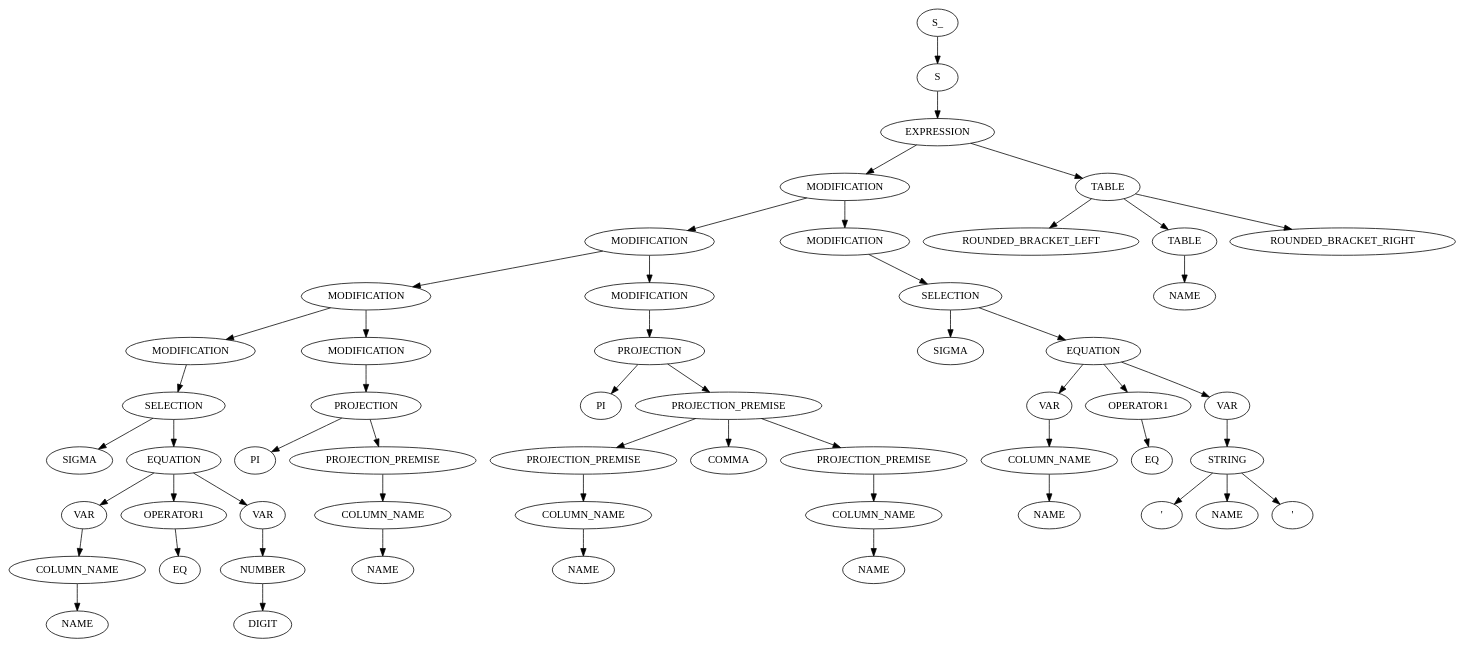
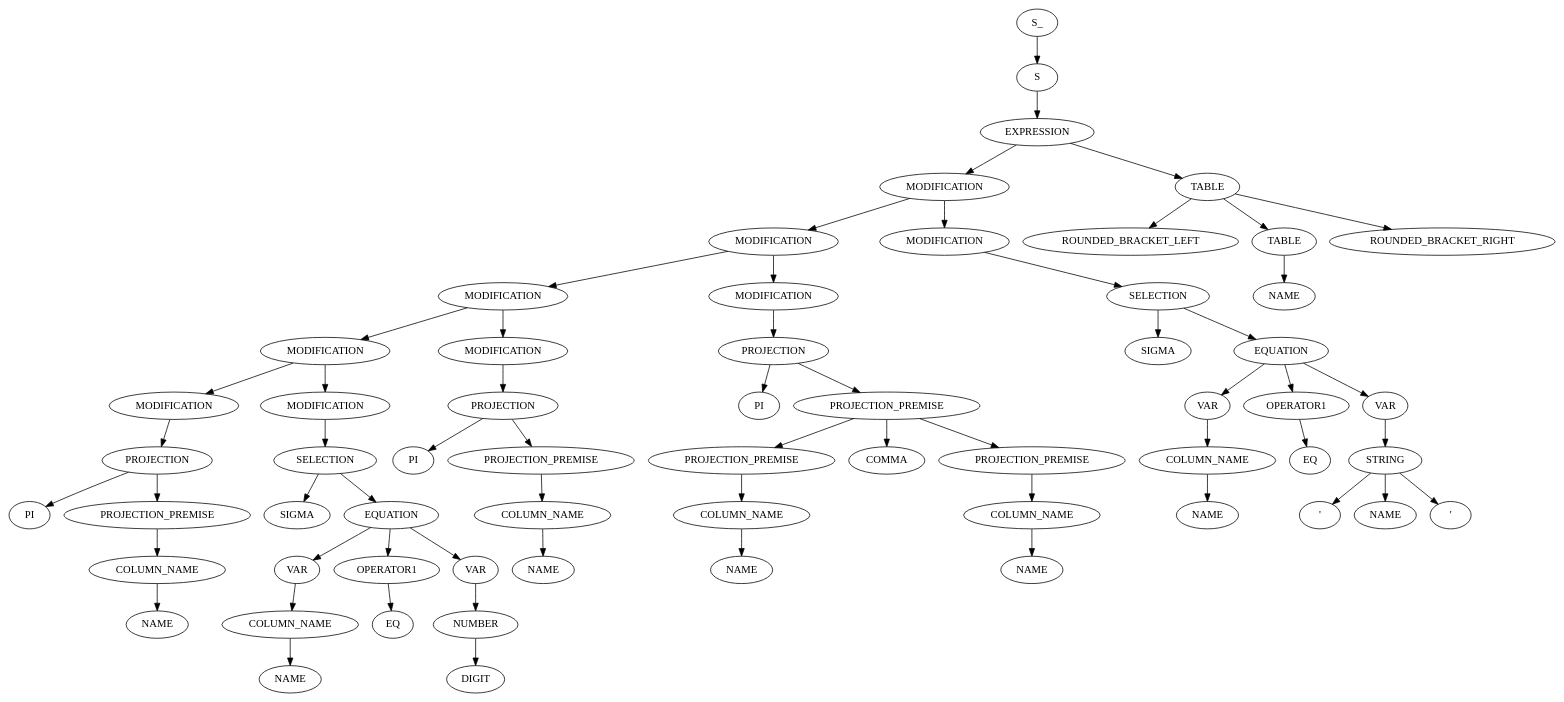
Before and after one commit to RobbeNooyens/RATSQL: the diagram in output/out.dot, drawn with Graphviz. The commit also changed 3 other files, not shown here.

```diff
--- a/output/out.dot
+++ b/output/out.dot
@@ -1,109 +1,123 @@
 digraph ParseTree {
   0 [label="S_"];
   0 -> 1
   1 [label="S"];
   1 -> 2
   2 [label="EXPRESSION"];
   2 -> 3
   3 [label="MODIFICATION"];
   3 -> 4
   4 [label="MODIFICATION"];
   4 -> 5
   5 [label="MODIFICATION"];
   5 -> 6
   6 [label="MODIFICATION"];
   6 -> 7
-  7 [label="SELECTION"];
+  7 [label="MODIFICATION"];
   7 -> 8
-  8 [label="SIGMA"];
-  7 -> 9
-  9 [label="EQUATION"];
-  9 -> 10
-  10 [label="VAR"];
+  8 [label="PROJECTION"];
+  8 -> 9
+  9 [label="PI"];
+  8 -> 10
+  10 [label="PROJECTION_PREMISE"];
   10 -> 11
   11 [label="COLUMN_NAME"];
   11 -> 12
   12 [label="NAME"];
-  9 -> 13
-  13 [label="OPERATOR1"];
+  6 -> 13
+  13 [label="MODIFICATION"];
   13 -> 14
-  14 [label="EQ"];
-  9 -> 15
-  15 [label="VAR"];
-  15 -> 16
-  16 [label="NUMBER"];
+  14 [label="SELECTION"];
+  14 -> 15
+  15 [label="SIGMA"];
+  14 -> 16
+  16 [label="EQUATION"];
   16 -> 17
-  17 [label="DIGIT"];
-  5 -> 18
-  18 [label="MODIFICATION"];
+  17 [label="VAR"];
+  17 -> 18
+  18 [label="COLUMN_NAME"];
   18 -> 19
-  19 [label="PROJECTION"];
-  19 -> 20
-  20 [label="PI"];
-  19 -> 21
-  21 [label="PROJECTION_PREMISE"];
-  21 -> 22
-  22 [label="COLUMN_NAME"];
+  19 [label="NAME"];
+  16 -> 20
+  20 [label="OPERATOR1"];
+  20 -> 21
+  21 [label="EQ"];
+  16 -> 22
+  22 [label="VAR"];
   22 -> 23
-  23 [label="NAME"];
-  4 -> 24
-  24 [label="MODIFICATION"];
-  24 -> 25
-  25 [label="PROJECTION"];
+  23 [label="NUMBER"];
+  23 -> 24
+  24 [label="DIGIT"];
+  5 -> 25
+  25 [label="MODIFICATION"];
   25 -> 26
-  26 [label="PI"];
-  25 -> 27
-  27 [label="PROJECTION_PREMISE"];
-  27 -> 28
+  26 [label="PROJECTION"];
+  26 -> 27
+  27 [label="PI"];
+  26 -> 28
   28 [label="PROJECTION_PREMISE"];
   28 -> 29
   29 [label="COLUMN_NAME"];
   29 -> 30
   30 [label="NAME"];
-  27 -> 31
-  31 [label="COMMA"];
-  27 -> 32
-  32 [label="PROJECTION_PREMISE"];
+  4 -> 31
+  31 [label="MODIFICATION"];
+  31 -> 32
+  32 [label="PROJECTION"];
   32 -> 33
-  33 [label="COLUMN_NAME"];
-  33 -> 34
-  34 [label="NAME"];
-  3 -> 35
-  35 [label="MODIFICATION"];
+  33 [label="PI"];
+  32 -> 34
+  34 [label="PROJECTION_PREMISE"];
+  34 -> 35
+  35 [label="PROJECTION_PREMISE"];
   35 -> 36
-  36 [label="SELECTION"];
+  36 [label="COLUMN_NAME"];
   36 -> 37
-  37 [label="SIGMA"];
-  36 -> 38
-  38 [label="EQUATION"];
-  38 -> 39
-  39 [label="VAR"];
+  37 [label="NAME"];
+  34 -> 38
+  38 [label="COMMA"];
+  34 -> 39
+  39 [label="PROJECTION_PREMISE"];
   39 -> 40
   40 [label="COLUMN_NAME"];
   40 -> 41
   41 [label="NAME"];
-  38 -> 42
-  42 [label="OPERATOR1"];
+  3 -> 42
+  42 [label="MODIFICATION"];
   42 -> 43
-  43 [label="EQ"];
-  38 -> 44
-  44 [label="VAR"];
-  44 -> 45
-  45 [label="STRING"];
+  43 [label="SELECTION"];
+  43 -> 44
+  44 [label="SIGMA"];
+  43 -> 45
+  45 [label="EQUATION"];
   45 -> 46
-  46 [label="'"];
-  45 -> 47
-  47 [label="NAME"];
-  45 -> 48
-  48 [label="'"];
-  2 -> 49
-  49 [label="TABLE"];
+  46 [label="VAR"];
+  46 -> 47
+  47 [label="COLUMN_NAME"];
+  47 -> 48
+  48 [label="NAME"];
+  45 -> 49
+  49 [label="OPERATOR1"];
   49 -> 50
-  50 [label="ROUNDED_BRACKET_LEFT"];
-  49 -> 51
-  51 [label="TABLE"];
+  50 [label="EQ"];
+  45 -> 51
+  51 [label="VAR"];
   51 -> 52
-  52 [label="NAME"];
-  49 -> 53
-  53 [label="ROUNDED_BRACKET_RIGHT"];
+  52 [label="STRING"];
+  52 -> 53
+  53 [label="'"];
+  52 -> 54
+  54 [label="NAME"];
+  52 -> 55
+  55 [label="'"];
+  2 -> 56
+  56 [label="TABLE"];
+  56 -> 57
+  57 [label="ROUNDED_BRACKET_LEFT"];
+  56 -> 58
+  58 [label="TABLE"];
+  58 -> 59
+  59 [label="NAME"];
+  56 -> 60
+  60 [label="ROUNDED_BRACKET_RIGHT"];
 }
```
